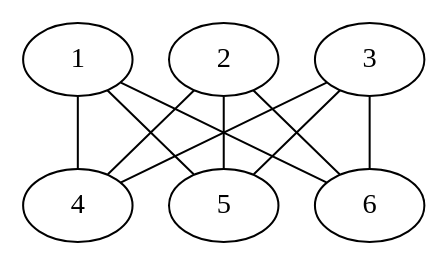
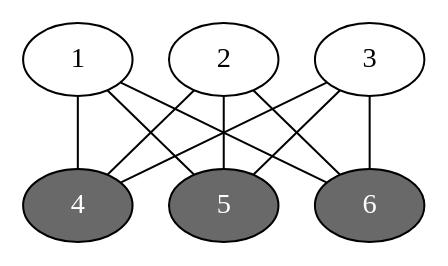
Before and after one commit to beliaevs/latex_docs: the diagram in dots/K33.dot, drawn with Graphviz.

Commit message:
vertex coloring for K33

```diff
--- a/dots/K33.dot
+++ b/dots/K33.dot
@@ -1,6 +1,9 @@
 graph K33
 {
+    node[style=filled]
+    {1, 2, 3 [fillcolor=white]}
+    {4, 5, 6 [fillcolor=dimgrey , fontcolor=white]}
     1--{4, 5, 6}
     2--{4, 5, 6}
     3--{4, 5, 6}
 }
```
